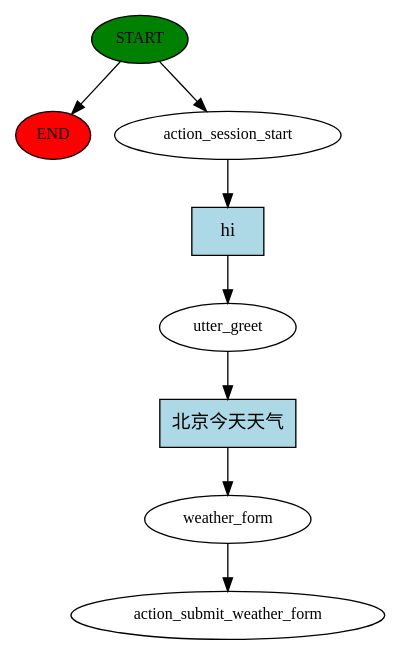
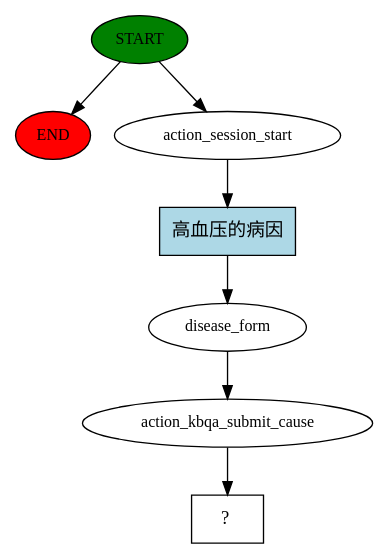
The diagram in story_graph.dot (liangxinxin/rasa_demo), drawn with Graphviz before and after one commit. The commit also changed 20 other files, not shown here.

```diff
--- a/story_graph.dot
+++ b/story_graph.dot
@@ -1,17 +1,15 @@
 digraph  {
 0 [class="start active", fillcolor=green, fontsize=12, label=START, style=filled];
 "-1" [class=end, fillcolor=red, fontsize=12, label=END, style=filled];
 1 [class=active, fontsize=12, label=action_session_start];
-2 [class=active, fontsize=12, label=utter_greet];
-3 [class=active, fontsize=12, label=weather_form];
-4 [class="dashed active", fontsize=12, label=action_submit_weather_form];
-5 [class="intent active", fillcolor=lightblue, label=hi, shape=rect, style=filled];
-6 [class="intent active", fillcolor=lightblue, label="北京今天天气", shape=rect, style=filled];
+2 [class=active, fontsize=12, label=disease_form];
+3 [class=active, fontsize=12, label=action_kbqa_submit_cause];
+4 [class="intent dashed active", label="  ?  ", shape=rect];
+5 [class="intent active", fillcolor=lightblue, label="高血压的病因", shape=rect, style=filled];
 0 -> "-1"  [class="", key=NONE, label=""];
 0 -> 1  [class=active, key=NONE, label=""];
 1 -> 5  [class=active, key=0];
-2 -> 6  [class=active, key=0];
+2 -> 3  [class=active, key=NONE, label=""];
 3 -> 4  [class=active, key=NONE, label=""];
 5 -> 2  [class=active, key=0];
-6 -> 3  [class=active, key=0];
 }
```
